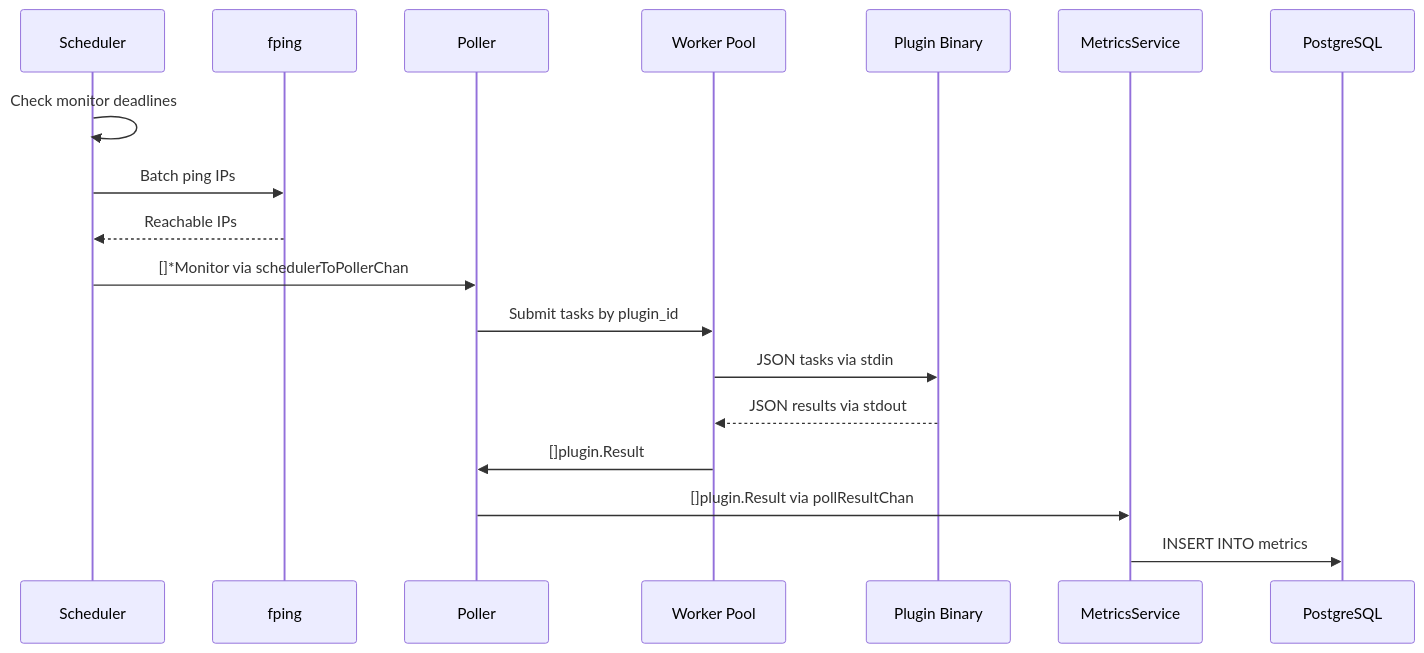
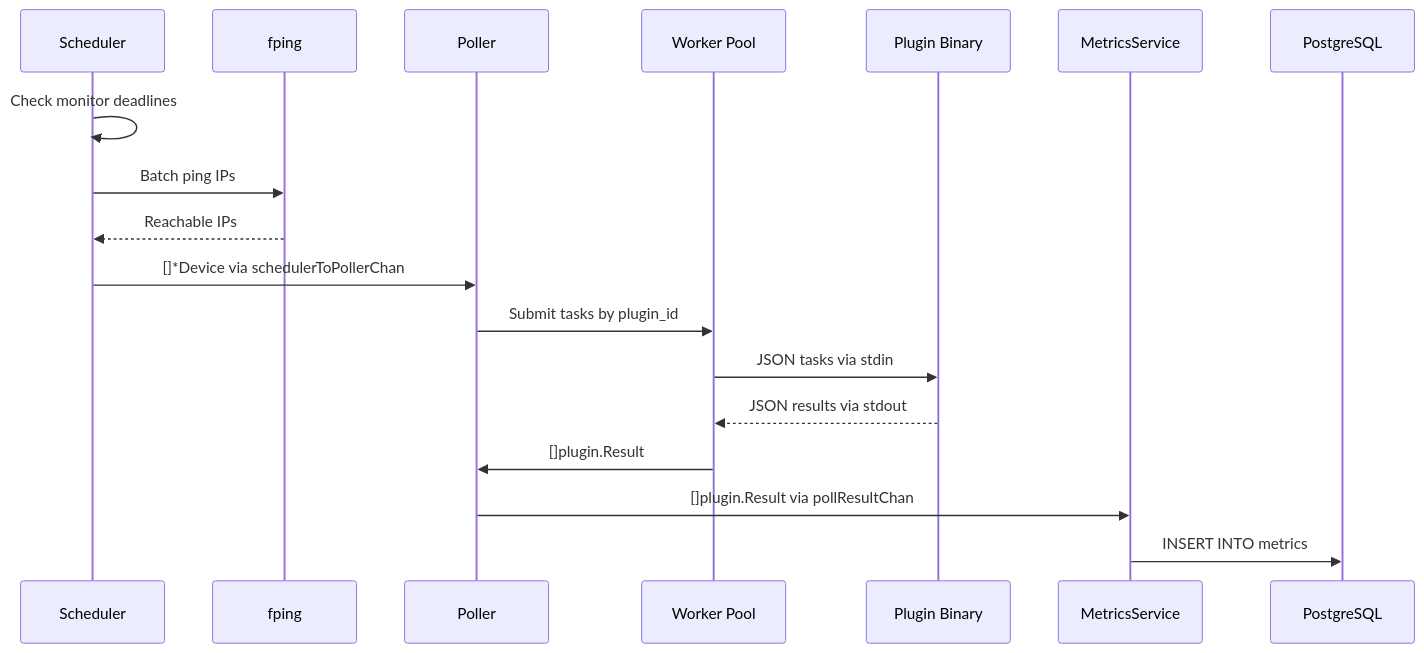
One commit to PremModhaOfficial/nms changed the fourth of 10 diagrams in ARCHITECTURE.md. Above: the diagram before and after it, drawn with Mermaid. The commit also changed other lines of this file and 34 other files, not shown here.

````diff
--- a/ARCHITECTURE.md
+++ b/ARCHITECTURE.md
@@ -160,21 +160,21 @@
 ```mermaid
 sequenceDiagram
     participant SCH as Scheduler
     participant FPING as fping
     participant POL as Poller
     participant POOL as Worker Pool
     participant PLUGIN as Plugin Binary
     participant MS as MetricsService
     participant DB as PostgreSQL
 
     SCH->>SCH: Check monitor deadlines
     SCH->>FPING: Batch ping IPs
     FPING-->>SCH: Reachable IPs
-    SCH->>POL: []*Monitor via schedulerToPollerChan
+    SCH->>POL: []*Device via schedulerToPollerChan
     POL->>POOL: Submit tasks by plugin_id
     POOL->>PLUGIN: JSON tasks via stdin
     PLUGIN-->>POOL: JSON results via stdout
     POOL->>POL: []plugin.Result
     POL->>MS: []plugin.Result via pollResultChan
     MS->>DB: INSERT INTO metrics
 ```
````
